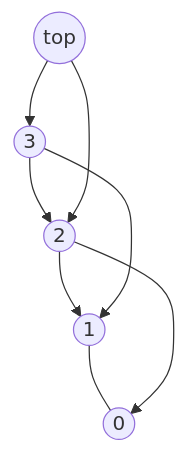
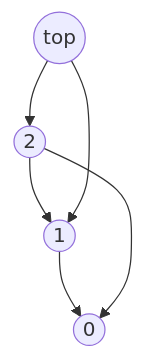
One commit to lijqhs/leetcode changed the first of 3 diagrams in notes/readme.md. Above: the diagram before and after it, drawn with Mermaid. The commit also changed other lines of this file and 1 other file, not shown here.

````diff
--- a/notes/readme.md
+++ b/notes/readme.md
@@ -873,18 +911,15 @@
 ```mermaid
 graph TB
 
 A((0))
 B((1))
 C((2))
-D((3))
-E((top))
+D((top))
 
-E-->D
 D-->C
 C-->B
-B---A
+B-->A
 
-E-->C
 D-->B
 C-->A
 ```
````
